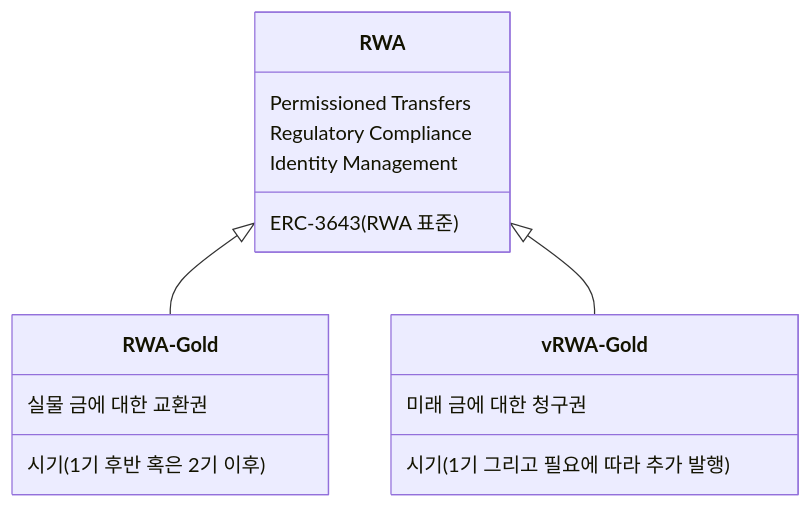
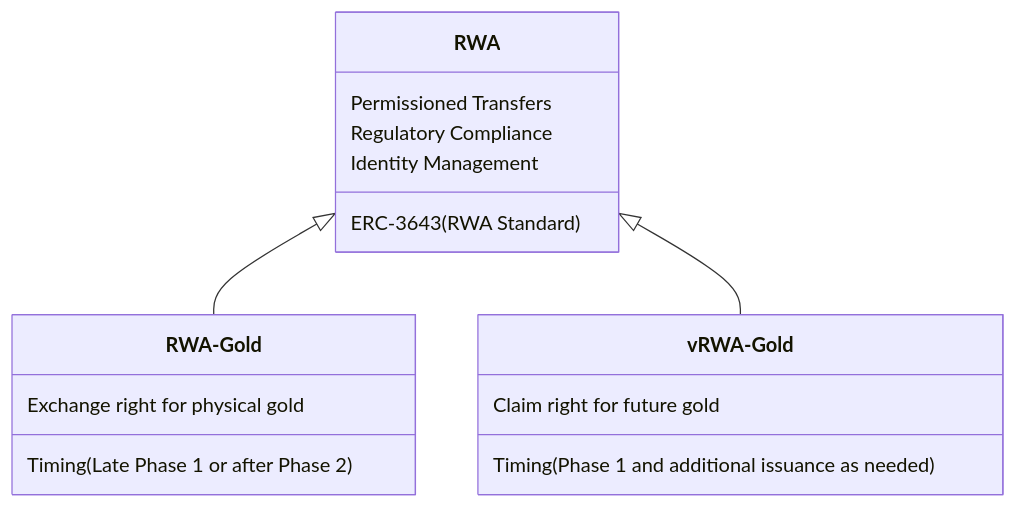
Before and after one commit to KOR-Ryat/kash-whitepaper: the diagram in i18n/en/docusaurus-plugin-content-docs/current/whitepaper/RWA/rwa-overview.md, drawn with Mermaid. The commit also changed other lines of this file and 26 other files, not shown here.

````diff
--- a/i18n/en/docusaurus-plugin-content-docs/current/whitepaper/RWA/rwa-overview.md
+++ b/i18n/en/docusaurus-plugin-content-docs/current/whitepaper/RWA/rwa-overview.md
@@ -38,13 +38,13 @@
-~~~mermaid
+```mermaid
 classDiagram
     RWA <|-- RWA-Gold
     RWA <|-- vRWA-Gold
-    RWA : ERC-3643(RWA 표준)
+    RWA : ERC-3643(RWA Standard)
     RWA : Permissioned Transfers
     RWA : Regulatory Compliance
     RWA : Identity Management
-    RWA-Gold : 실물 금에 대한 교환권
-    RWA-Gold : 시기(1기 후반 혹은 2기 이후)
-    vRWA-Gold : 미래 금에 대한 청구권
-    vRWA-Gold : 시기(1기 그리고 필요에 따라 추가 발행)
-~~~
+    RWA-Gold : Exchange right for physical gold
+    RWA-Gold : Timing(Late Phase 1 or after Phase 2)
+    vRWA-Gold : Claim right for future gold
+    vRWA-Gold : Timing(Phase 1 and additional issuance as needed)
+```
````
